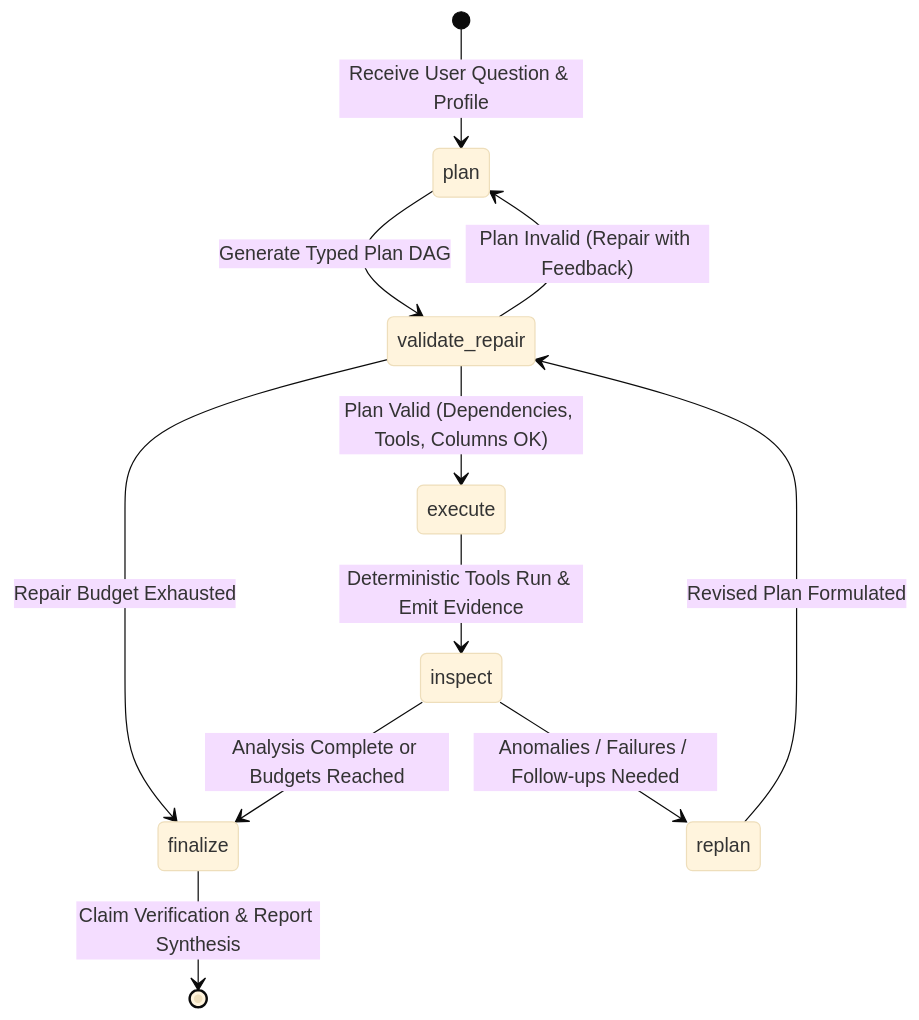
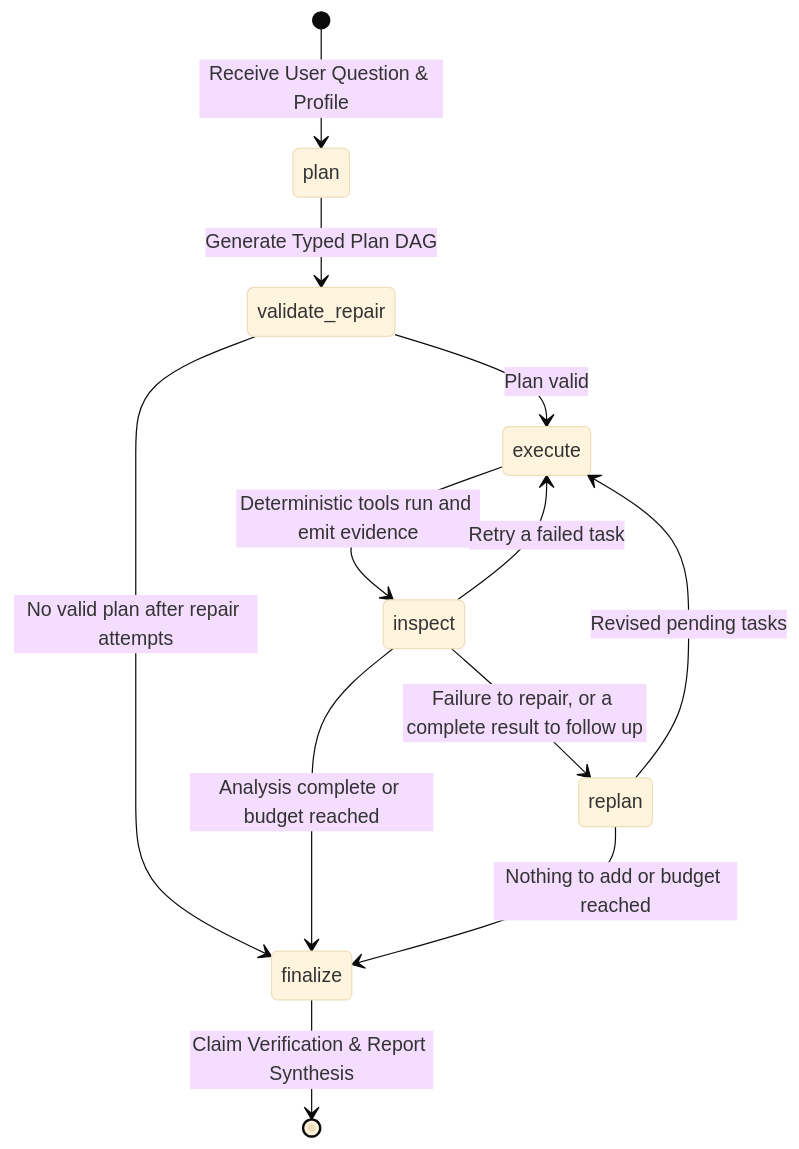
One commit to Despacito64/data-analysis-report-generator changed the diagram in docs/DEVELOPER_GUIDE.md. Above: the diagram before and after it, drawn with Mermaid (base theme). The commit also changed other lines of this file and 27 other files, not shown here.

Commit message:
docs: correct q02/ablation/oracle statements, rebuild review deck, regenerate charts (D-051)

````diff
--- a/docs/DEVELOPER_GUIDE.md
+++ b/docs/DEVELOPER_GUIDE.md
@@ -107,18 +107,19 @@
 ```mermaid
 stateDiagram-v2
     [*] --> plan: Receive User Question & Profile
     plan --> validate_repair: Generate Typed Plan DAG
     
-    validate_repair --> execute: Plan Valid (Dependencies, Tools, Columns OK)
-    validate_repair --> plan: Plan Invalid (Repair with Feedback)
-    validate_repair --> finalize: Repair Budget Exhausted
+    validate_repair --> execute: Plan valid
+    validate_repair --> finalize: No valid plan after repair attempts
     
-    execute --> inspect: Deterministic Tools Run & Emit Evidence
+    execute --> inspect: Deterministic tools run and emit evidence
     
-    inspect --> replan: Anomalies / Failures / Follow-ups Needed
-    inspect --> finalize: Analysis Complete or Budgets Reached
+    inspect --> execute: Retry a failed task
+    inspect --> replan: Failure to repair, or a complete result to follow up
+    inspect --> finalize: Analysis complete or budget reached
     
-    replan --> validate_repair: Revised Plan Formulated
+    replan --> execute: Revised pending tasks
+    replan --> finalize: Nothing to add or budget reached
     
     finalize --> [*]: Claim Verification & Report Synthesis
 ```
````
